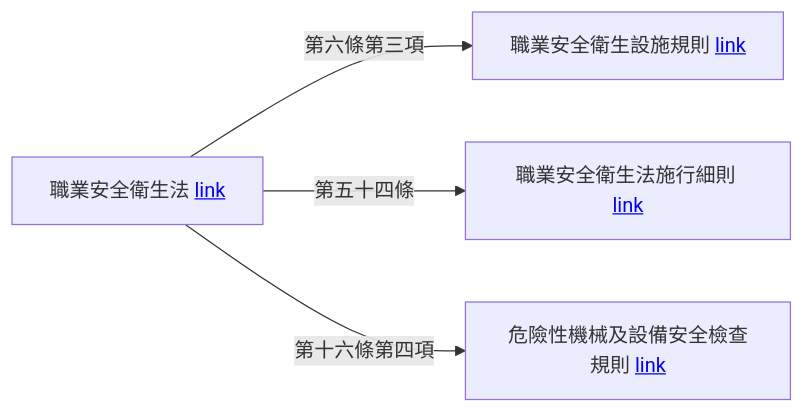
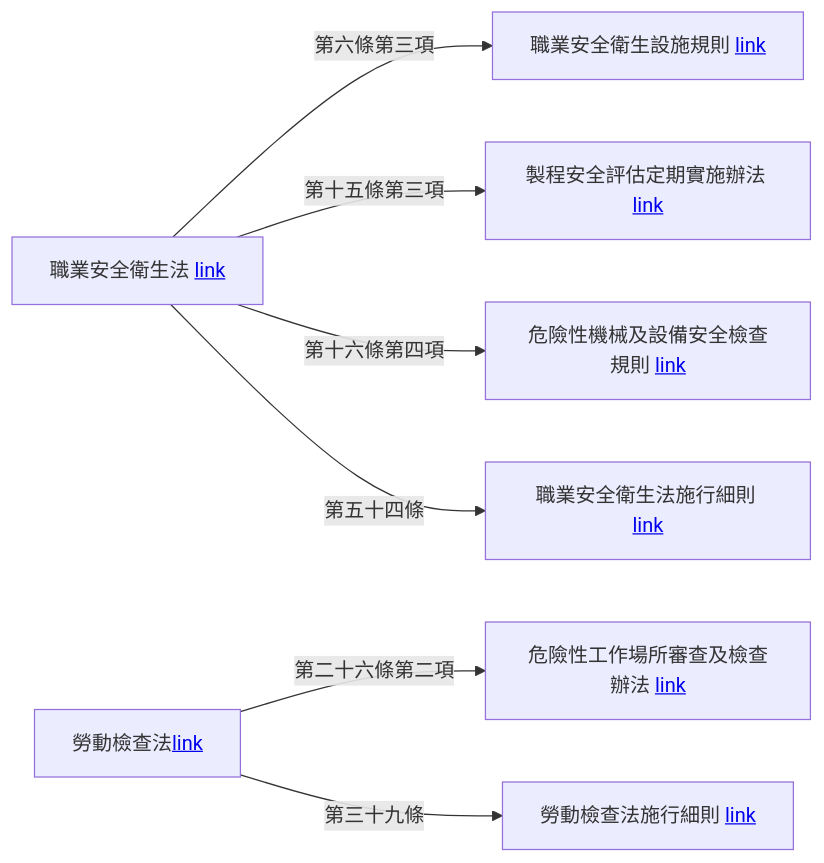
Before and after one commit to YuCH-Hank/OSH: the diagram in docs/法規參考連結.md, drawn with Mermaid. The commit also changed other lines of this file and 4 other files, not shown here.

````diff
--- a/docs/法規參考連結.md
+++ b/docs/法規參考連結.md
@@ -3,6 +3,9 @@
 ```mermaid
 flowchart LR
-    A["職業安全衛生法" <a href='https://law.moj.gov.tw/LawClass/LawAll.aspx?pcode=N0060001&kw=%e8%81%b7%e6%a5%ad%e5%ae%89%e5%85%a8%e8%a1%9b%e7%94%9f%e6%b3%95'>link</a>] --第六條第三項--> B["職業安全衛生設施規則" <a href='https://law.moj.gov.tw/LawClass/LawAll.aspx?pcode=N0060009'>link</a>]
-    A --第五十四條--> C["職業安全衛生法施行細則" <a href='https://law.moj.gov.tw/LawClass/LawAll.aspx?pcode=N0060002'>link</a>]
+    A["職業安全衛生法" <a href='https://law.moj.gov.tw/LawClass/LawAll.aspx?pcode=N0060001'>link</a>] --第六條第三項--> B["職業安全衛生設施規則" <a href='https://law.moj.gov.tw/LawClass/LawAll.aspx?pcode=N0060009'>link</a>]
+    A -- 第十五條第三項 --> G["製程安全評估定期實施辦法" <a href='https://law.moj.gov.tw/LawClass/LawAll.aspx?pcode=N0060071'>link</a>]
     A -- 第十六條第四項 --> D["危險性機械及設備安全檢查規則" <a href='https://law.moj.gov.tw/LawClass/LawAll.aspx?pcode=N0060039'>link</a>]
+    A -- 第五十四條--> C["職業安全衛生法施行細則" <a href='https://law.moj.gov.tw/LawClass/LawAll.aspx?pcode=N0060002'>link</a>]
+    AA["勞動檢查法"<a href='https://law.moj.gov.tw/LawClass/LawAll.aspx?pcode=N0070001'>link</a>] --第二十六條第二項--> E["危險性工作場所審查及檢查辦法" <a href='https://law.moj.gov.tw/LawClass/LawAll.aspx?pcode=N0070019'>link</a>]
+    AA -- 第三十九條 --> F["勞動檢查法施行細則" <a href='https://law.moj.gov.tw/LawClass/LawAll.aspx?pcode=N0070004'>link</a>]
 ```
````
